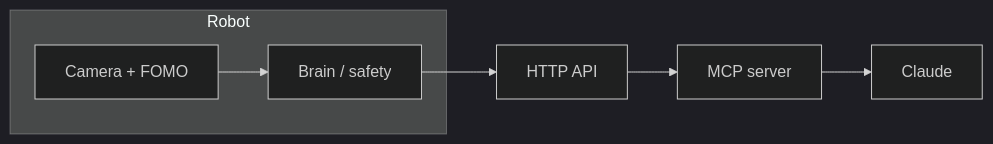
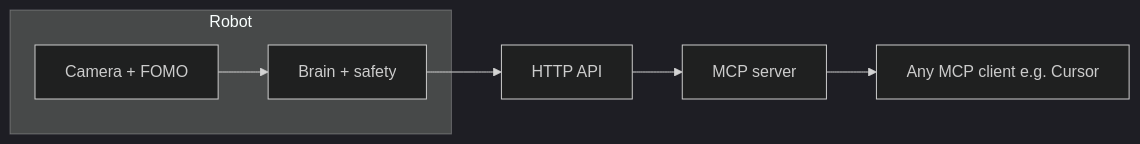
Before and after one commit to SatyamChouksey-88/trashbot: the diagram in README.md, drawn with Mermaid (dark theme). The commit also changed other lines of this file and 2 other files, not shown here.

````diff
--- a/README.md
+++ b/README.md
@@ -5,11 +27,11 @@
 ```mermaid
 flowchart LR
   subgraph robot [Robot]
     CAM[Camera + FOMO]
-    BR[Brain / safety]
+    BR[Brain + safety]
     CAM --> BR
   end
   BR --> API[HTTP API]
   API --> MCP[MCP server]
-  MCP --> Claude[Claude]
+  MCP --> CLIENT[Any MCP client e.g. Cursor]
 ```
````
